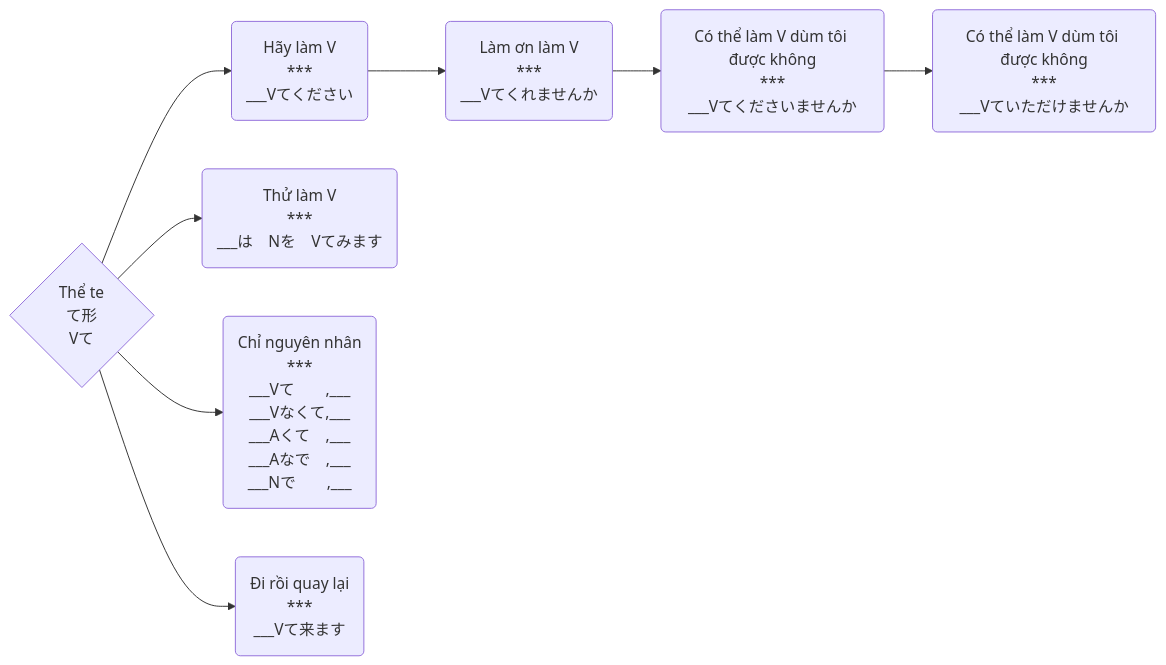
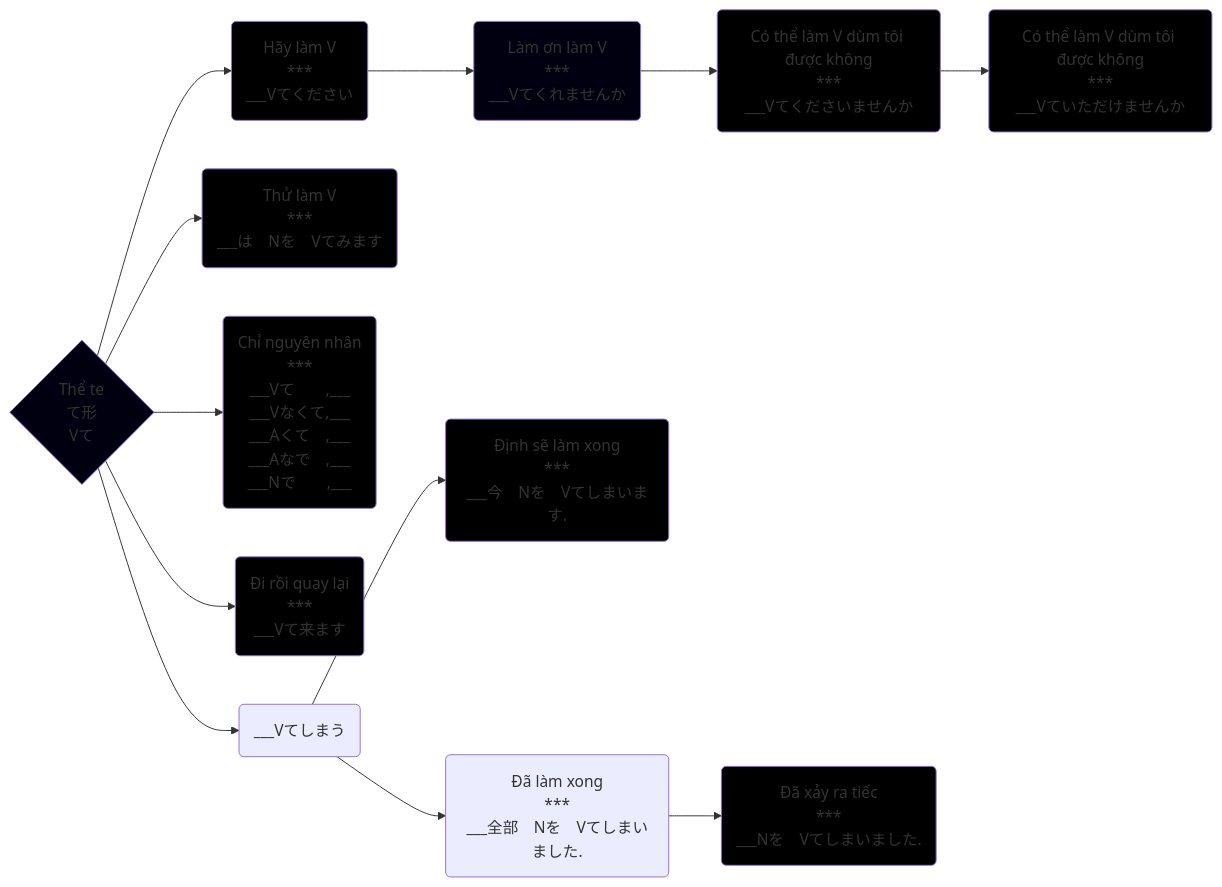
One commit to tea1504/learn changed the diagram in The/て形.md. Above: the diagram before and after it, drawn with Mermaid. The commit also changed 12 other files, not shown here.

````diff
--- a/The/て形.md
+++ b/The/て形.md
@@ -1,12 +1,27 @@
 ```mermaid
 graph LR;
     V{Thể te\nて形\nVて}
 
     V-->hayLamV(Hãy làm V\n***\n___Vてください)
     hayLamV-->lamOn(Làm ơn làm V\n***\n___Vてくれませんか)
     lamOn-->coThemLamVGiupToiDuocKhong1(Có thể làm V dùm tôi được không\n***\n___Vてくださいませんか)
     coThemLamVGiupToiDuocKhong1-->coThemLamVGiupToiDuocKhong2(Có thể làm V dùm tôi được không\n***\n___Vていただけませんか)
     V-->thuLamV(Thử làm V\n***\n___は　Nを　Vてみます)
     V-->chiNguyenNhan(Chỉ nguyên nhân\n***\n___Vて　　,___\n___Vなくて,___\n___Aくて　,___\n___Aなで　,___\n___Nで　　,___)
     V-->diRoiQuayLai(Đi rồi quay lại\n***\n___Vて来ます)
+    V-->simau(___Vてしまう)
+    simau-->dinhSeLamXong(Định sẽ làm xong\n***\n___今　Nを　Vてしまいます.)
+    simau-->daLamXong(Đã làm xong\n***\n___全部　Nを　Vてしまいました.)
+    daLamXong-->daXayRa(Đã xảy ra tiếc\n***\n___Nを　Vてしまいました.)
+
+    style V fill:#001
+    style hayLamV fill:#000
+    style lamOn fill:#001
+    style coThemLamVGiupToiDuocKhong1 fill:#000
+    style coThemLamVGiupToiDuocKhong2 fill:#000
+    style thuLamV fill:#000
+    style chiNguyenNhan fill:#000
+    style diRoiQuayLai fill:#000
+    style dinhSeLamXong fill:#000
+    style daXayRa fill:#000
 ```
````
